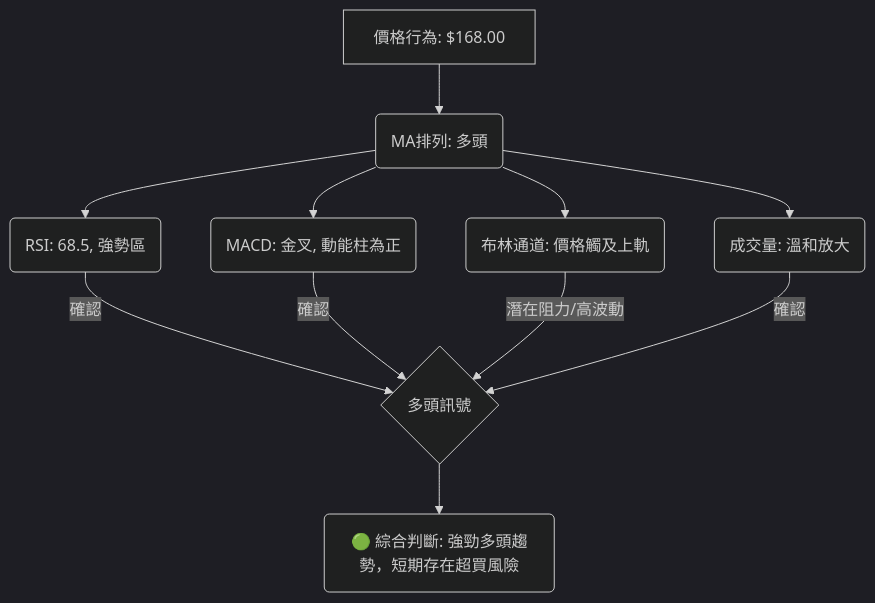
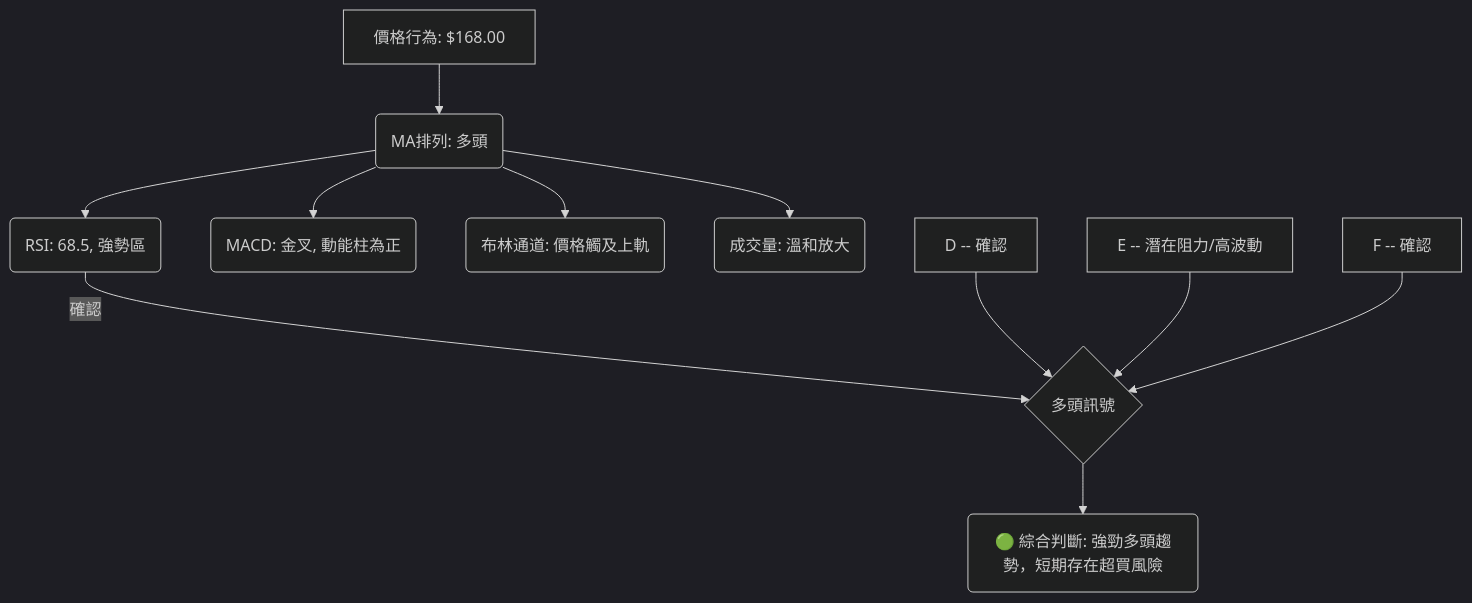
Before and after one commit to yennanliu/finance_data: the fifth of 9 diagrams in ai_gen_report/stock/0050/technical_analysis_2026-07-04_gemini.md, drawn with Mermaid (dark theme). The commit also changed other lines of this file and 2258 other files, not shown here.

First line of the commit message:
chore: backfill Mermaid syntax repair across existing reports

````diff
--- a/ai_gen_report/stock/0050/technical_analysis_2026-07-04_gemini.md
+++ b/ai_gen_report/stock/0050/technical_analysis_2026-07-04_gemini.md
@@ -435,15 +435,15 @@
 ```mermaid
 graph TD
-    A[價格行為: $168.00] --> B(MA排列: 多頭)
-    B --> C(RSI: 68.5, 強勢區)
-    B --> D(MACD: 金叉, 動能柱為正)
-    B --> E(布林通道: 價格觸及上軌)
-    B --> F(成交量: 溫和放大)
+    A["價格行為: $168.00"] --> B("MA排列: 多頭")
+    B --> C("RSI: 68.5, 強勢區")
+    B --> D("MACD: 金叉, 動能柱為正")
+    B --> E("布林通道: 價格觸及上軌")
+    B --> F("成交量: 溫和放大")
 
-    C -- 確認 --> G{多頭訊號}
-    D -- 確認 --> G
-    E -- 潛在阻力/高波動 --> G
-    F -- 確認 --> G
+    C -- 確認 --> G{"多頭訊號"}
+    nb1["D -- 確認"] --> G
+    nb2["E -- 潛在阻力/高波動"] --> G
+    nb3["F -- 確認"] --> G
 
-    G --> H(🟢 綜合判斷: 強勁多頭趨勢，短期存在超買風險)
+    G --> H("🟢 綜合判斷: 強勁多頭趨勢，短期存在超買風險")
 ```
````
